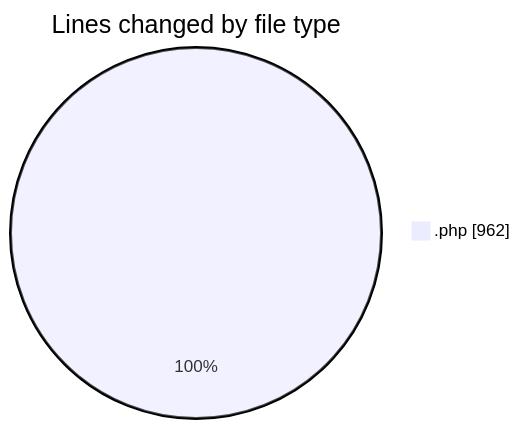
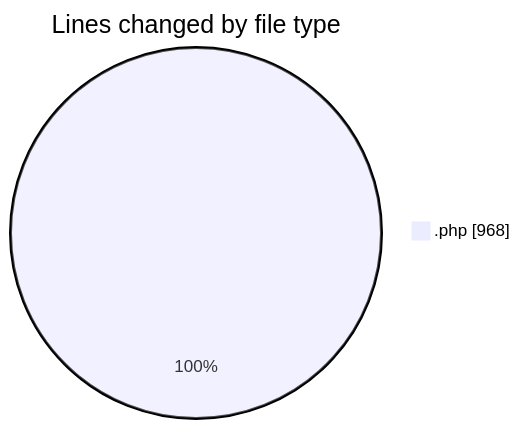
One commit to debugP/code-tracking changed the first of 2 diagrams in 2025-09-25/plugins/README.md. Above: the diagram before and after it, drawn with Mermaid. The commit also changed other lines of this file and 1 other file, not shown here.

````diff
--- a/2025-09-25/plugins/README.md
+++ b/2025-09-25/plugins/README.md
@@ -20,5 +20,5 @@
 ```mermaid
 pie showData
 title Lines changed by file type
-".php" : 962
+".php" : 968
 ```
````
